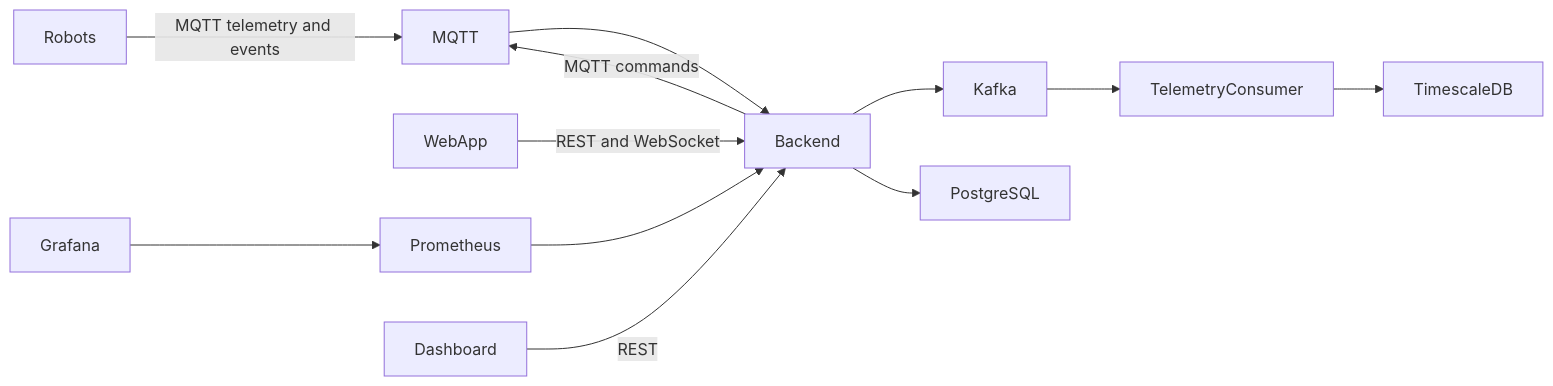
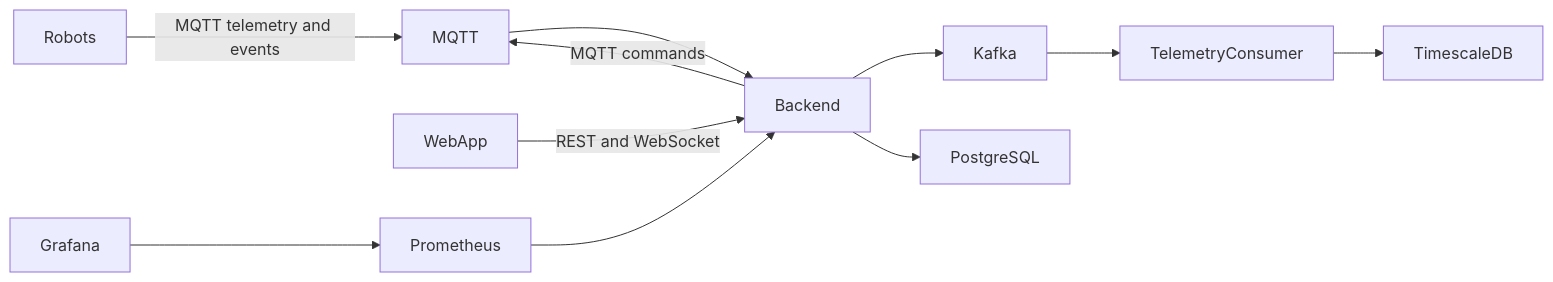
Before and after one commit to satr/robot-fleet: the diagram in Plan.md, drawn with Mermaid. The commit also changed 1 other file, not shown here.

Commit message:
Removed outdated dashboar mentioned

````diff
--- a/Plan.md
+++ b/Plan.md
@@ -595,14 +595,13 @@
 ```mermaid
 flowchart LR
     Robots -->|MQTT telemetry and events| MQTT
     Backend -->|MQTT commands| MQTT
     MQTT --> Backend
     Backend --> Kafka
     Backend --> PostgreSQL
     Kafka --> TelemetryConsumer
     TelemetryConsumer --> TimescaleDB
     WebApp -->|REST and WebSocket| Backend
     Prometheus --> Backend
     Grafana --> Prometheus
-    Dashboard -->|REST| Backend
 ```
````
